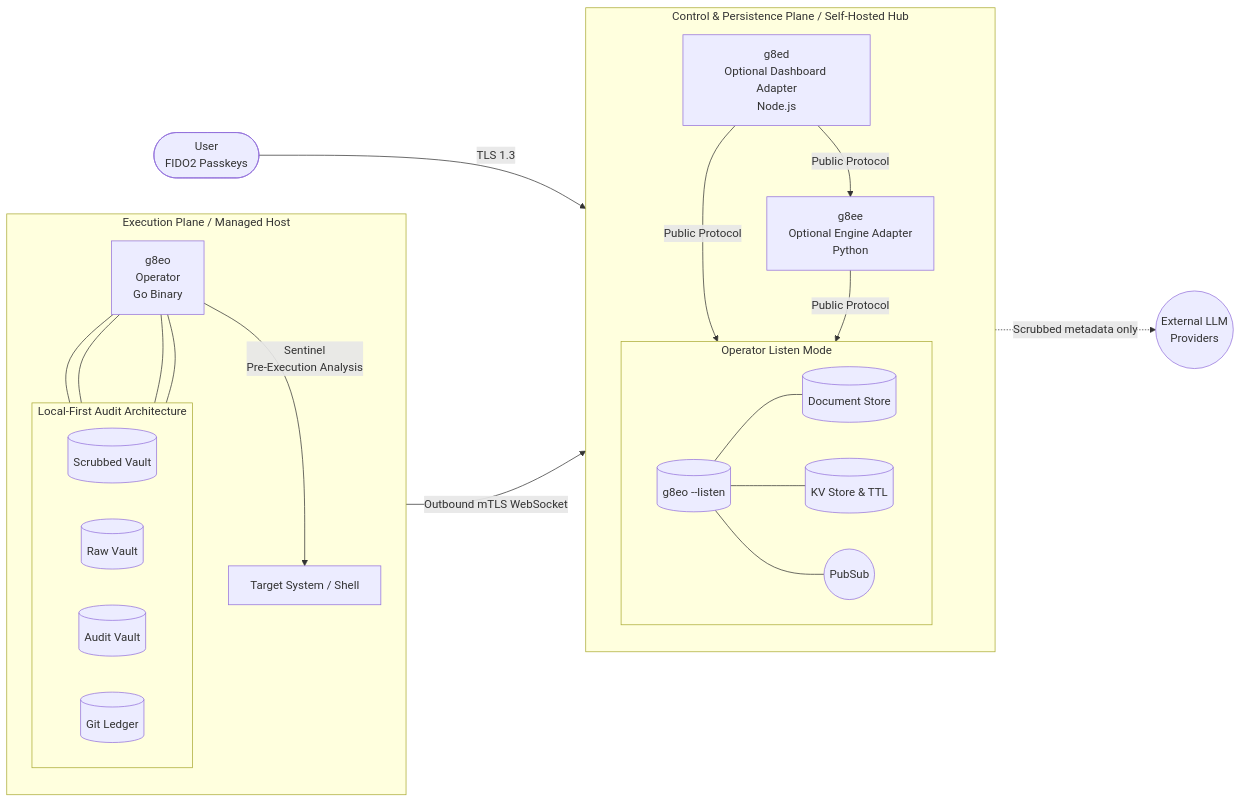
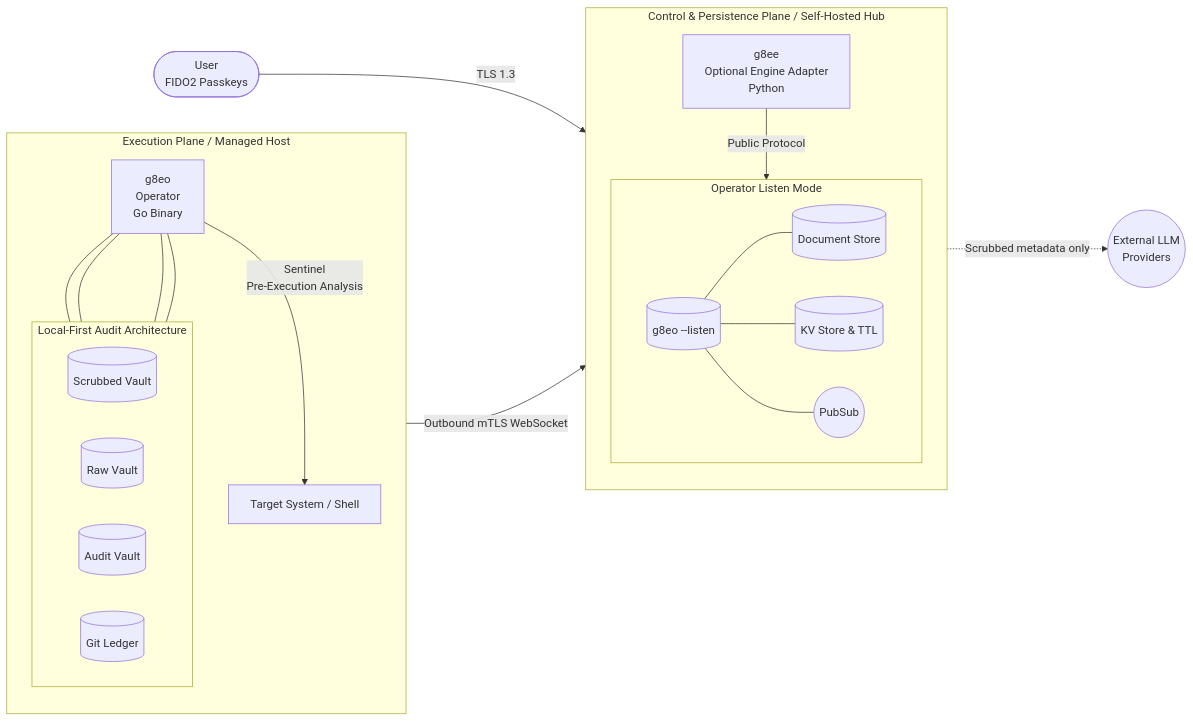
Before and after one commit to g8e-ai/g8e: the second of 2 diagrams in README.md, drawn with Mermaid. The commit also changed other lines of this file and 36 other files, not shown here.

````diff
--- a/README.md
+++ b/README.md
@@ -121,48 +121,45 @@
 ```mermaid
 flowchart LR
     User([User<br>FIDO2 Passkeys])
 
     subgraph Exec_Plane [Execution Plane / Managed Host]
         direction TB
         g8eo[g8eo<br>Operator<br>Go Binary]
 
         HostOS[Target System / Shell]
         g8eo -- "Sentinel<br>Pre-Execution Analysis" --> HostOS
 
         subgraph LFAA [Local-First Audit Architecture]
             direction LR
             Scrubbed[(Scrubbed Vault)]
             Raw[(Raw Vault)]
             Audit[(Audit Vault)]
             Ledger[(Git Ledger)]
         end
 
         g8eo --- Scrubbed & Raw & Audit & Ledger
     end
 
     subgraph Hub [Control & Persistence Plane / Self-Hosted Hub]
         direction TB
-        g8ed[g8ed<br>Optional Dashboard Adapter<br>Node.js]
         g8ee[g8ee<br>Optional Engine Adapter<br>Python]
 
         subgraph Operator_Listen [Operator Listen Mode]
             direction LR
             Listen[(g8eo --listen)]
             DS[(Document Store)]
             KS[(KV Store & TTL)]
             PS((PubSub))
 
             Listen --- DS & KS & PS
         end
 
-        g8ed -- "Public Protocol" --> g8ee
-        g8ed -- "Public Protocol" --> Listen
         g8ee -- "Public Protocol" --> Listen
     end
 
     LLM((External LLM<br>Providers))
 
-    User -- "TLS 1.3" --> g8ed
-    g8eo -- "Outbound mTLS WebSocket" --> g8ed
+    User -- "TLS 1.3" --> Listen
+    g8eo -- "Outbound mTLS WebSocket" --> Listen
     g8ee -. "Scrubbed metadata only" .-> LLM
 ```
````
